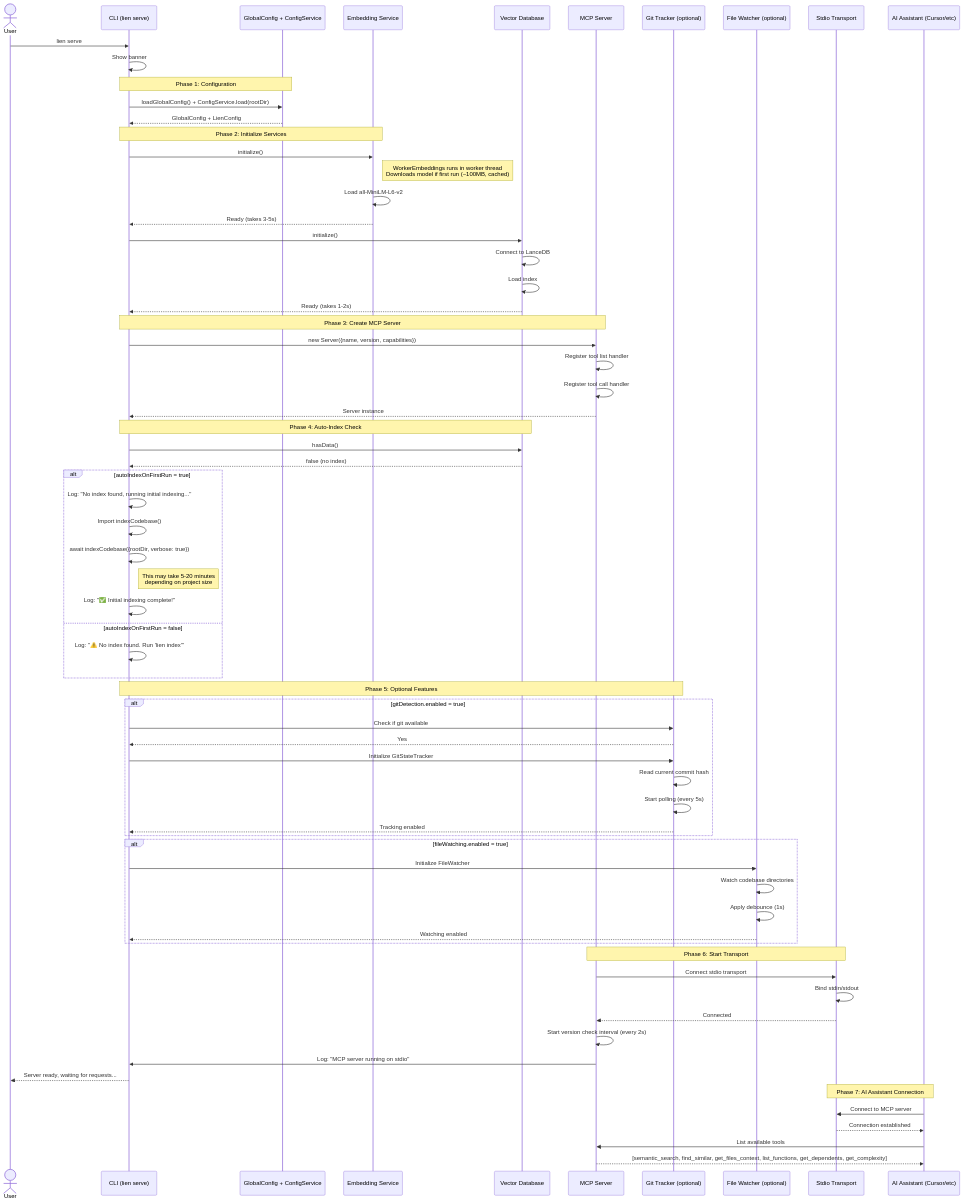
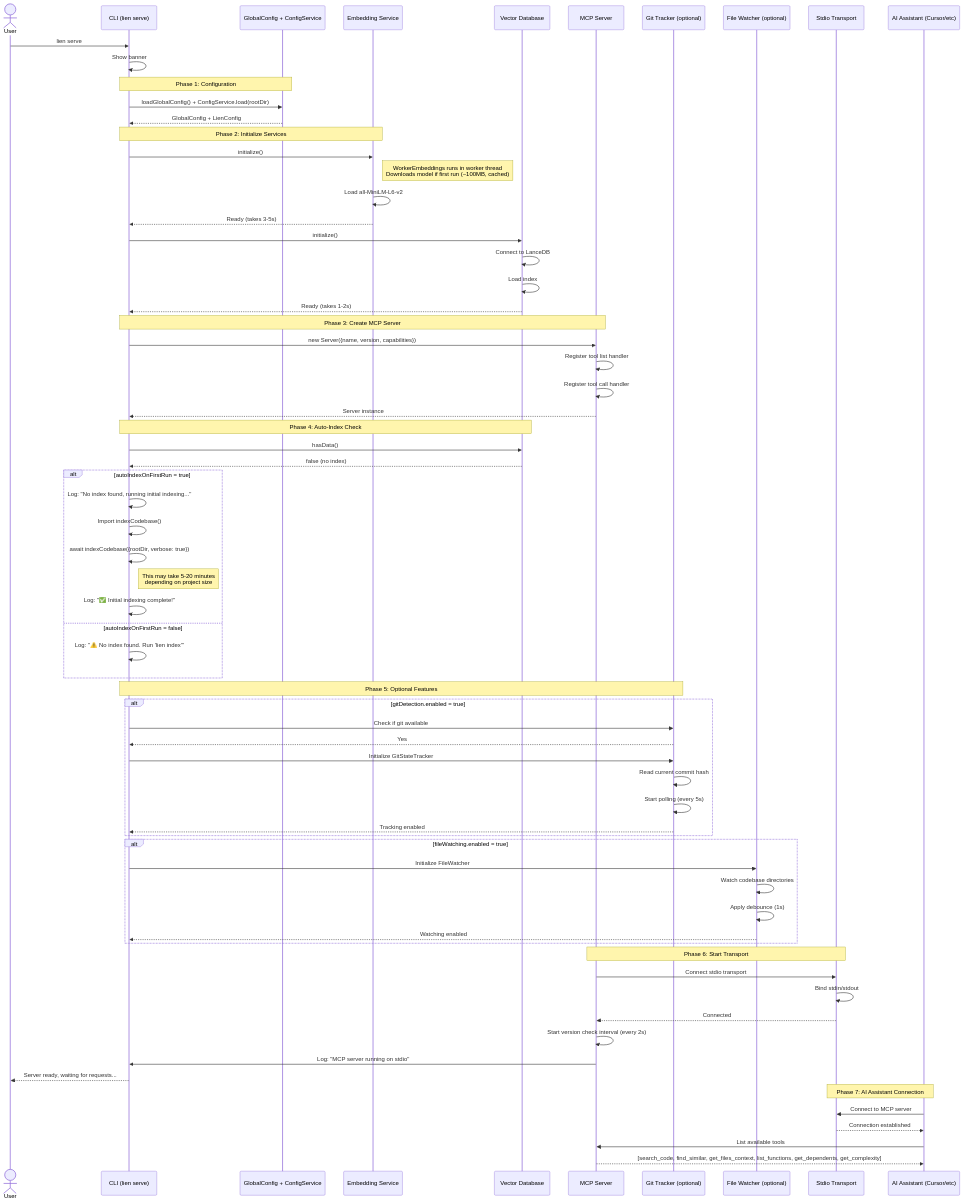
One commit to getlien/lien changed the first of 6 diagrams in docs/architecture/mcp-server-flow.md. Above: the diagram before and after it, drawn with Mermaid. The commit also changed other lines of this file and 39 other files, not shown here.

First line of the commit message:
feat(mcp)!: rename semantic_search tool to search_code

````diff
--- a/docs/architecture/mcp-server-flow.md
+++ b/docs/architecture/mcp-server-flow.md
@@ -86,5 +86,5 @@
     AI->>Stdio: Connect to MCP server
     Stdio-->>AI: Connection established
     AI->>MCP: List available tools
-    MCP-->>AI: [semantic_search, find_similar, get_files_context, list_functions, get_dependents, get_complexity]
+    MCP-->>AI: [search_code, find_similar, get_files_context, list_functions, get_dependents, get_complexity]
 ```
````
